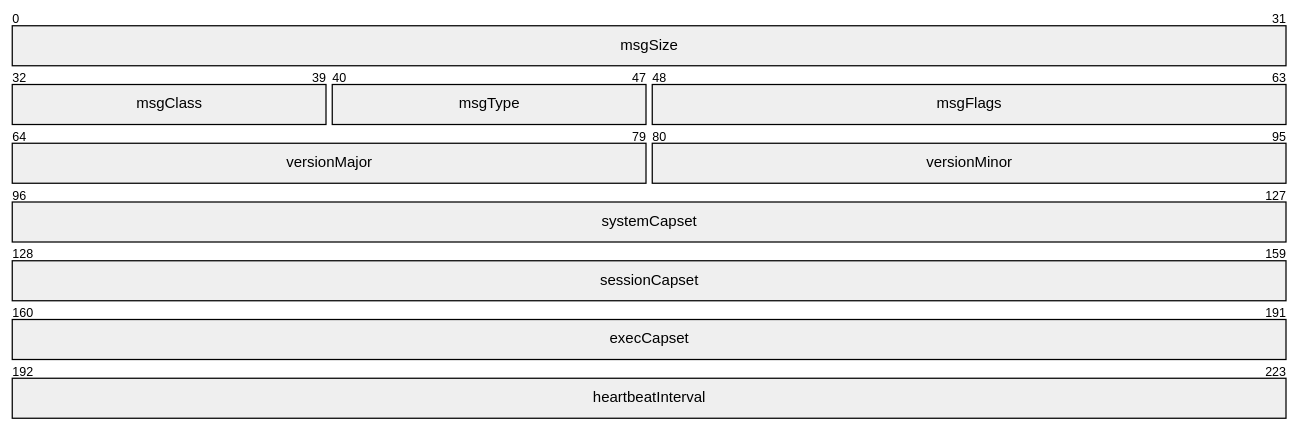
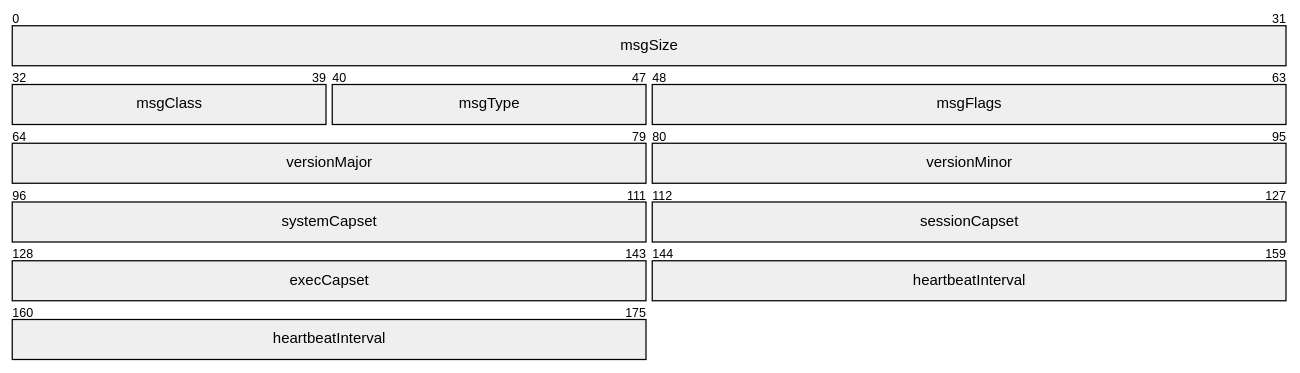
The sixth of 29 diagrams in docs/NOW-spec.md (Devolutions/now-proto), drawn with Mermaid before and after one commit. The commit also changed other lines of this file and 24 other files, not shown here.

````diff
--- a/docs/NOW-spec.md
+++ b/docs/NOW-spec.md
@@ -230,13 +230,13 @@
 ```mermaid
 packet-beta
   0-31: "msgSize"
   32-39: "msgClass"
   40-47: "msgType"
   48-63: "msgFlags"
   64-79: "versionMajor"
   80-95: "versionMinor"
-  96-127: "systemCapset"
-  128-159: "sessionCapset"
-  160-191: "execCapset"
-  192-223: "heartbeatInterval"
+  96-111: "systemCapset"
+  112-127: "sessionCapset"
+  128-143: "execCapset"
+  144-175: "heartbeatInterval"
 ```
````
